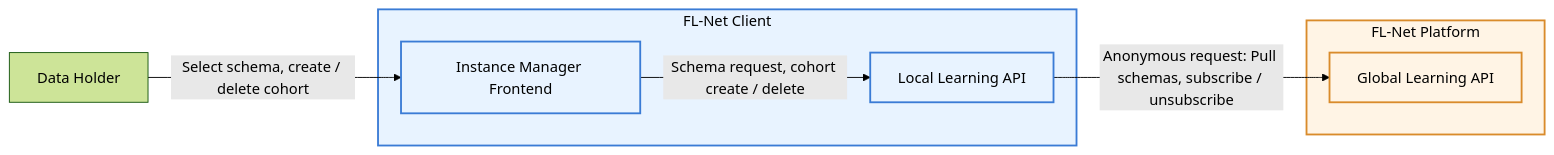
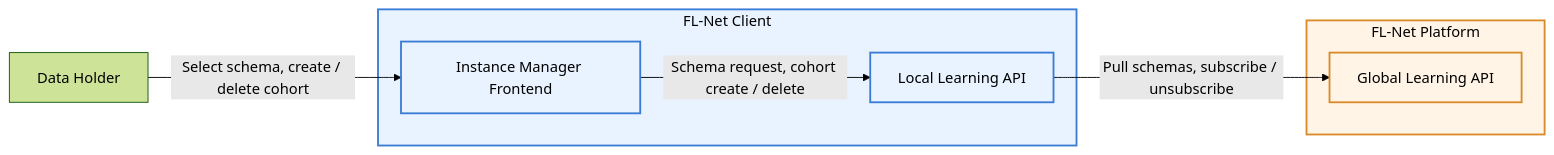
Before and after one commit to FedLearnNet/Documentation: the fifth of 12 diagrams in docs/intro/architecture/data-flow-client.md, drawn with Mermaid (forest theme). The commit also changed other lines of this file and 5 other files, not shown here.

````diff
--- a/docs/intro/architecture/data-flow-client.md
+++ b/docs/intro/architecture/data-flow-client.md
@@ -262,26 +262,26 @@
 ```mermaid
 flowchart LR
     DH[Data Holder]
  
     subgraph CLIENT[FL-Net Client]
         FE[Instance Manager Frontend]
         LLA[Local Learning API]
     end
  
     subgraph PLATFORM[FL-Net Platform]
         GLA[Global Learning API]
     end
  
     classDef client fill:#e8f3ff,stroke:#3a7bd5,stroke-width:2px,color:#000
     classDef platform fill:#fff4e5,stroke:#d98b2b,stroke-width:2px,color:#000
  
     class FE,LLA client
     class GLA platform
  
     style CLIENT fill:#e8f3ff,stroke:#3a7bd5,stroke-width:2px,color:#000
     style PLATFORM fill:#fff4e5,stroke:#d98b2b,stroke-width:2px,color:#000
  
     DH -->|Select schema, create / delete cohort| FE
     FE -->|Schema request, cohort create / delete| LLA
-    LLA -->|Anonymous request: Pull schemas, subscribe / unsubscribe| GLA
+    LLA -->|Pull schemas, subscribe / unsubscribe| GLA
 ```
````
